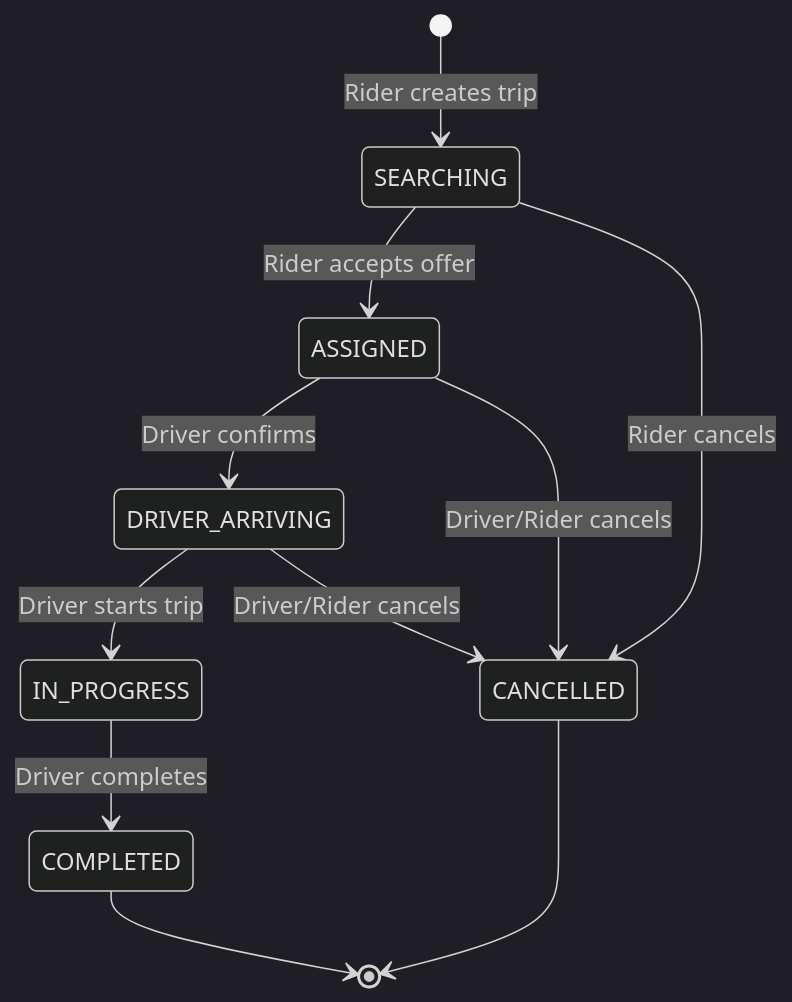
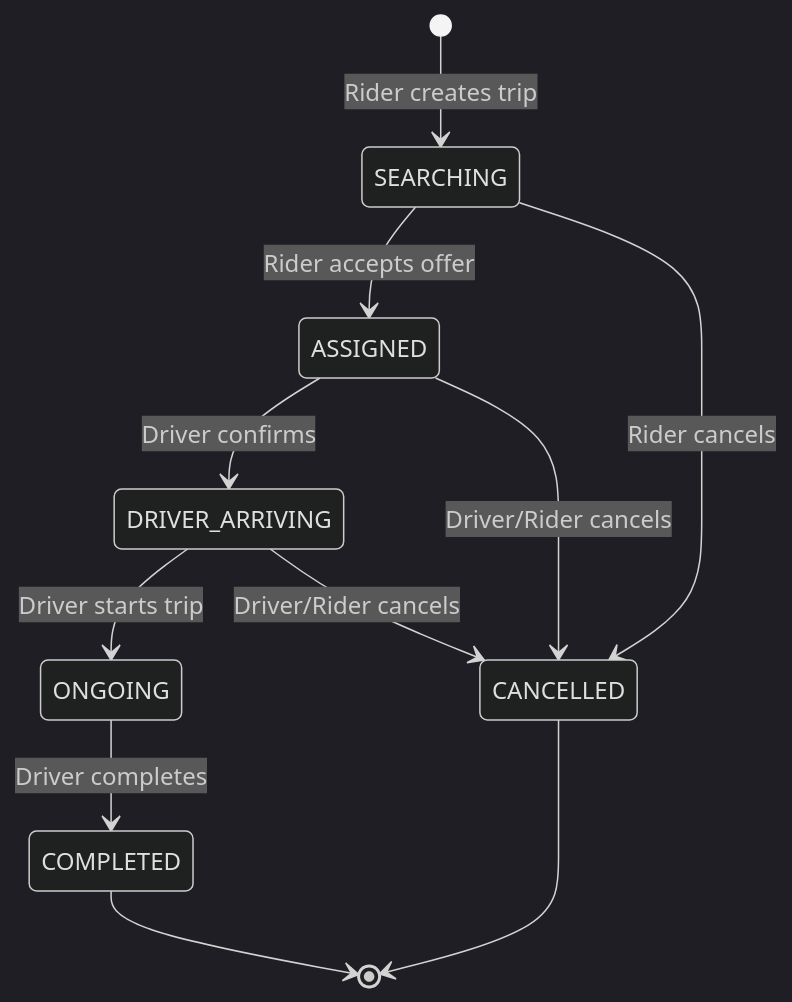
The second of 11 diagrams in ARCHITECTURE.md (13x54n/Eve), drawn with Mermaid (dark theme) before and after one commit. The commit also changed other lines of this file and 2 other files, not shown here.

Commit message:
docs: align architecture with implementation

````diff
--- a/ARCHITECTURE.md
+++ b/ARCHITECTURE.md
@@ -159,13 +161,13 @@
 ```mermaid
 stateDiagram-v2
     [*] --> SEARCHING: Rider creates trip
     SEARCHING --> ASSIGNED: Rider accepts offer
     SEARCHING --> CANCELLED: Rider cancels
     ASSIGNED --> DRIVER_ARRIVING: Driver confirms
-    DRIVER_ARRIVING --> IN_PROGRESS: Driver starts trip
-    IN_PROGRESS --> COMPLETED: Driver completes
+    DRIVER_ARRIVING --> ONGOING: Driver starts trip
+    ONGOING --> COMPLETED: Driver completes
     ASSIGNED --> CANCELLED: Driver/Rider cancels
     DRIVER_ARRIVING --> CANCELLED: Driver/Rider cancels
     COMPLETED --> [*]
     CANCELLED --> [*]
 ```
````
